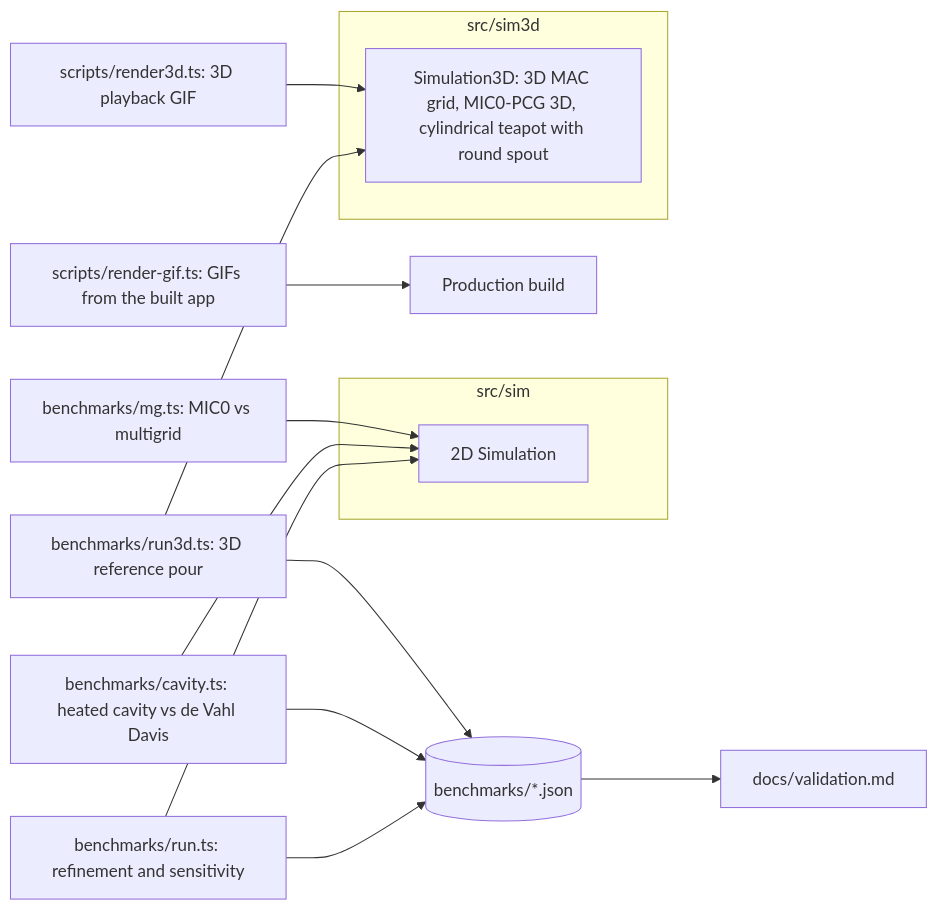
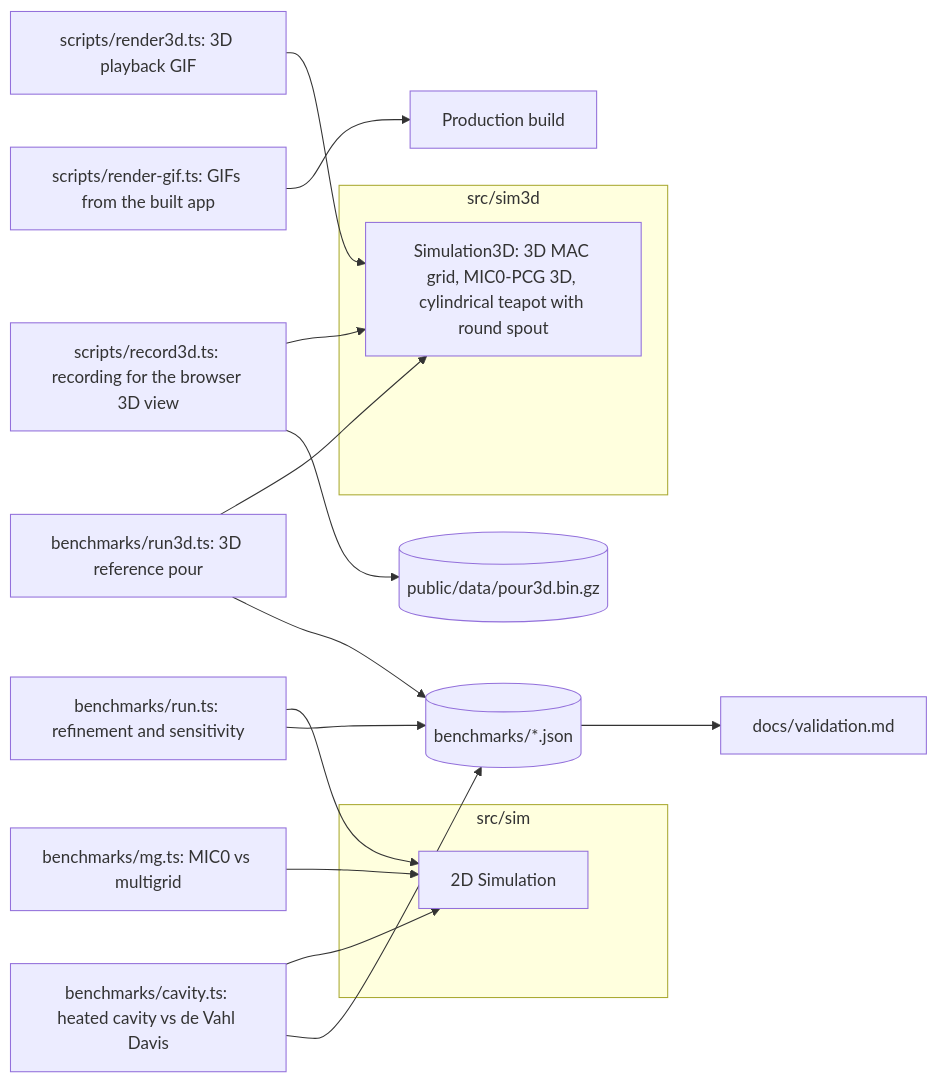
One commit to marcelpetrick/teapotFluidSimulation changed the fourth of 7 diagrams in docs/architecture.md. Above: the diagram before and after it, drawn with Mermaid. The commit also changed other lines of this file and 18 other files, not shown here.

First line of the commit message:
feat(view3d): rotate, zoom and pan the recorded 3D pour in the browser

````diff
--- a/docs/architecture.md
+++ b/docs/architecture.md
@@ -86,19 +88,21 @@
 ```mermaid
 flowchart LR
   subgraph sim[src/sim]
     S2[2D Simulation]
   end
   subgraph s3[src/sim3d]
     S3[Simulation3D: 3D MAC grid, MIC0-PCG 3D, cylindrical teapot with round spout]
   end
   B1[benchmarks/run.ts: refinement and sensitivity] --> S2
   B2[benchmarks/cavity.ts: heated cavity vs de Vahl Davis] --> S2
   B3[benchmarks/mg.ts: MIC0 vs multigrid] --> S2
   B4[benchmarks/run3d.ts: 3D reference pour] --> S3
   R1[scripts/render-gif.ts: GIFs from the built app] --> APP[Production build]
   R2[scripts/render3d.ts: 3D playback GIF] --> S3
+  R3[scripts/record3d.ts: recording for the browser 3D view] --> S3
+  R3 --> D[(public/data/pour3d.bin.gz)]
   B1 --> J[(benchmarks/*.json)]
   B2 --> J
   B4 --> J
   J --> V[docs/validation.md]
 ```
````
